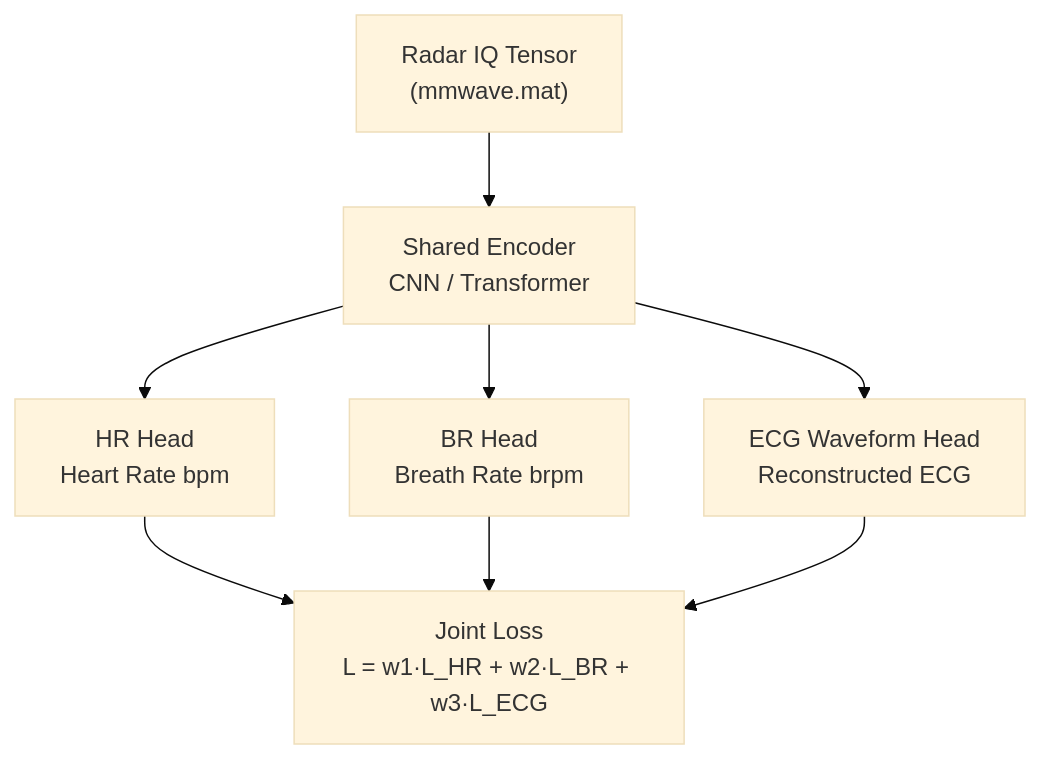
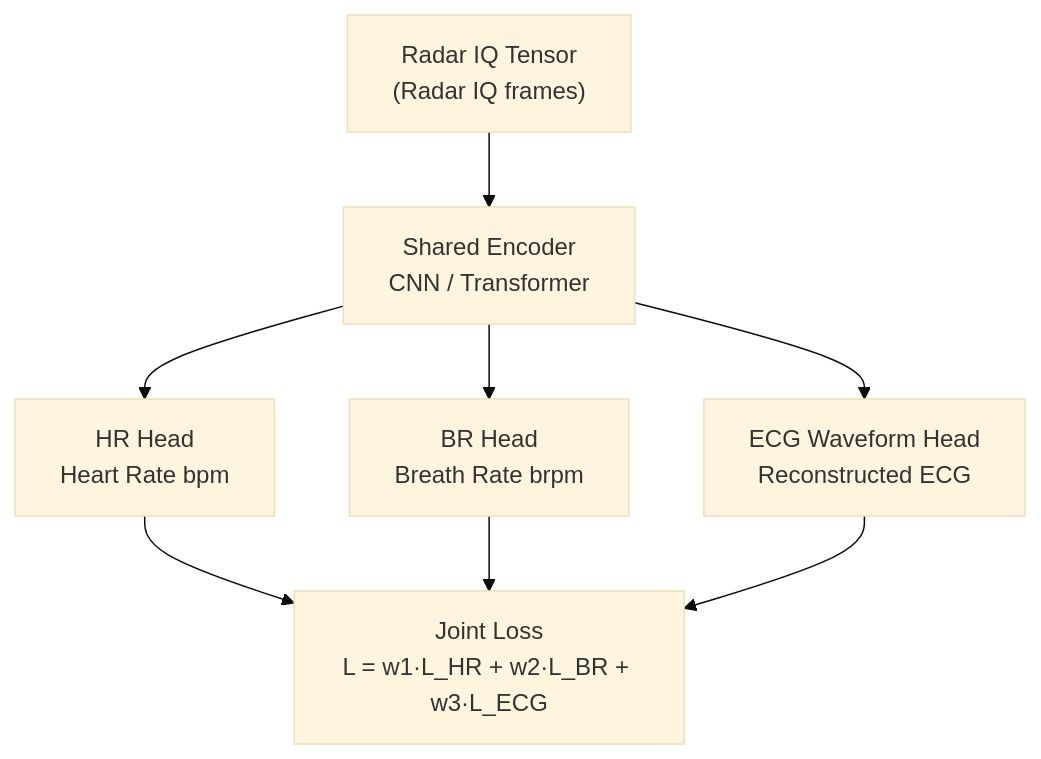
One commit to Vansh18012008/Hyderabaddiesss_unofficial changed the third of 4 diagrams in AI_ML_Pipeline_Opportunities.md. Above: the diagram before and after it, drawn with Mermaid (base theme). The commit also changed other lines of this file and 1 other file, not shown here.

Commit message:
Add 2D MUSIC vs DL DOA estimation analysis and update AI/ML roadmap

````diff
--- a/AI_ML_Pipeline_Opportunities.md
+++ b/AI_ML_Pipeline_Opportunities.md
@@ -93,10 +93,10 @@
 ```mermaid
 flowchart TD
-    A["Radar IQ Tensor\n(mmwave.mat)"] --> B["Shared Encoder\nCNN / Transformer"]
+    A["Radar IQ Tensor\n(Radar IQ frames)"] --> B["Shared Encoder\nCNN / Transformer"]
     B --> C1["HR Head\nHeart Rate bpm"]
     B --> C2["BR Head\nBreath Rate brpm"]
     B --> C3["ECG Waveform Head\nReconstructed ECG"]
     C1 --> D["Joint Loss\nL = w1·L_HR + w2·L_BR + w3·L_ECG"]
     C2 --> D
     C3 --> D
 ```
````
